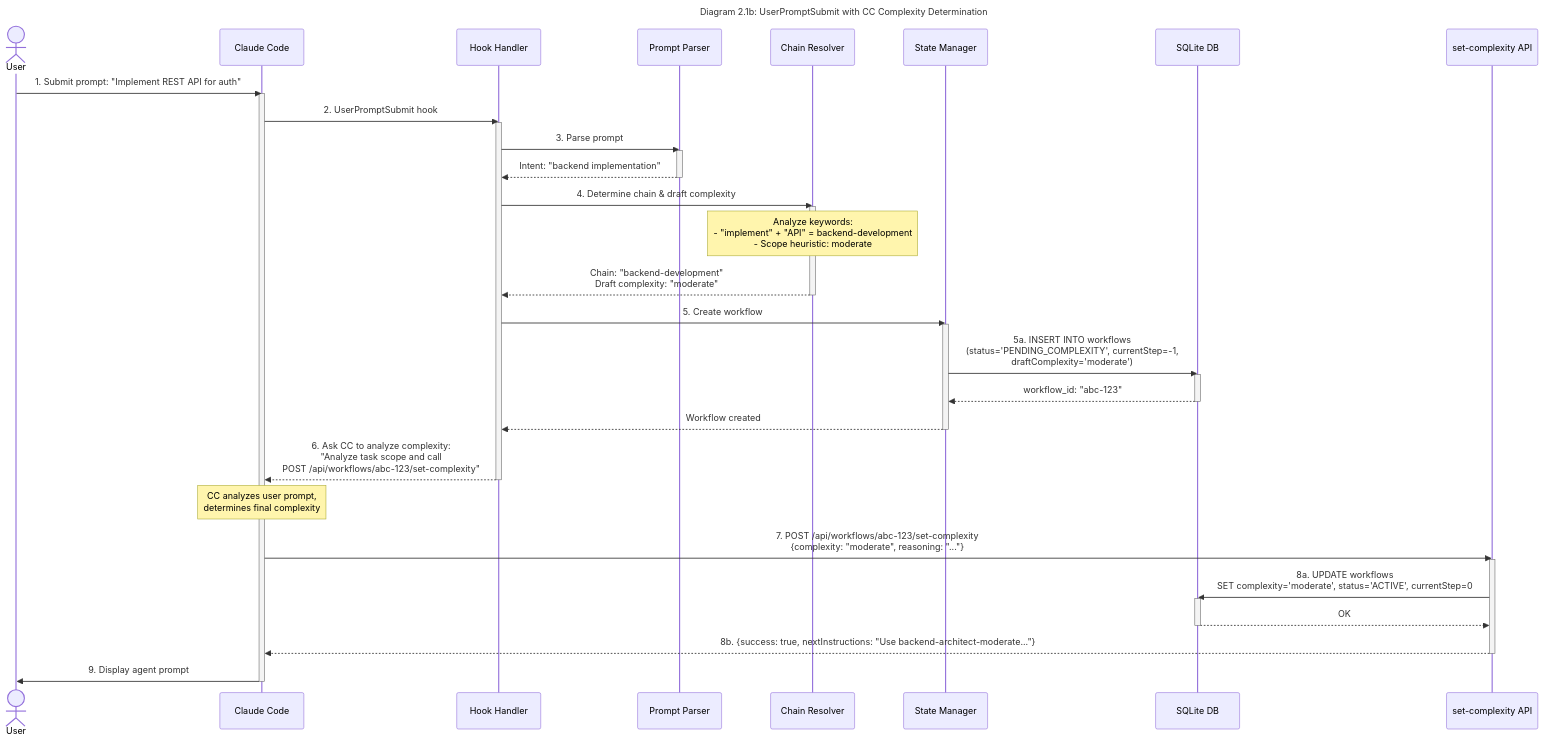
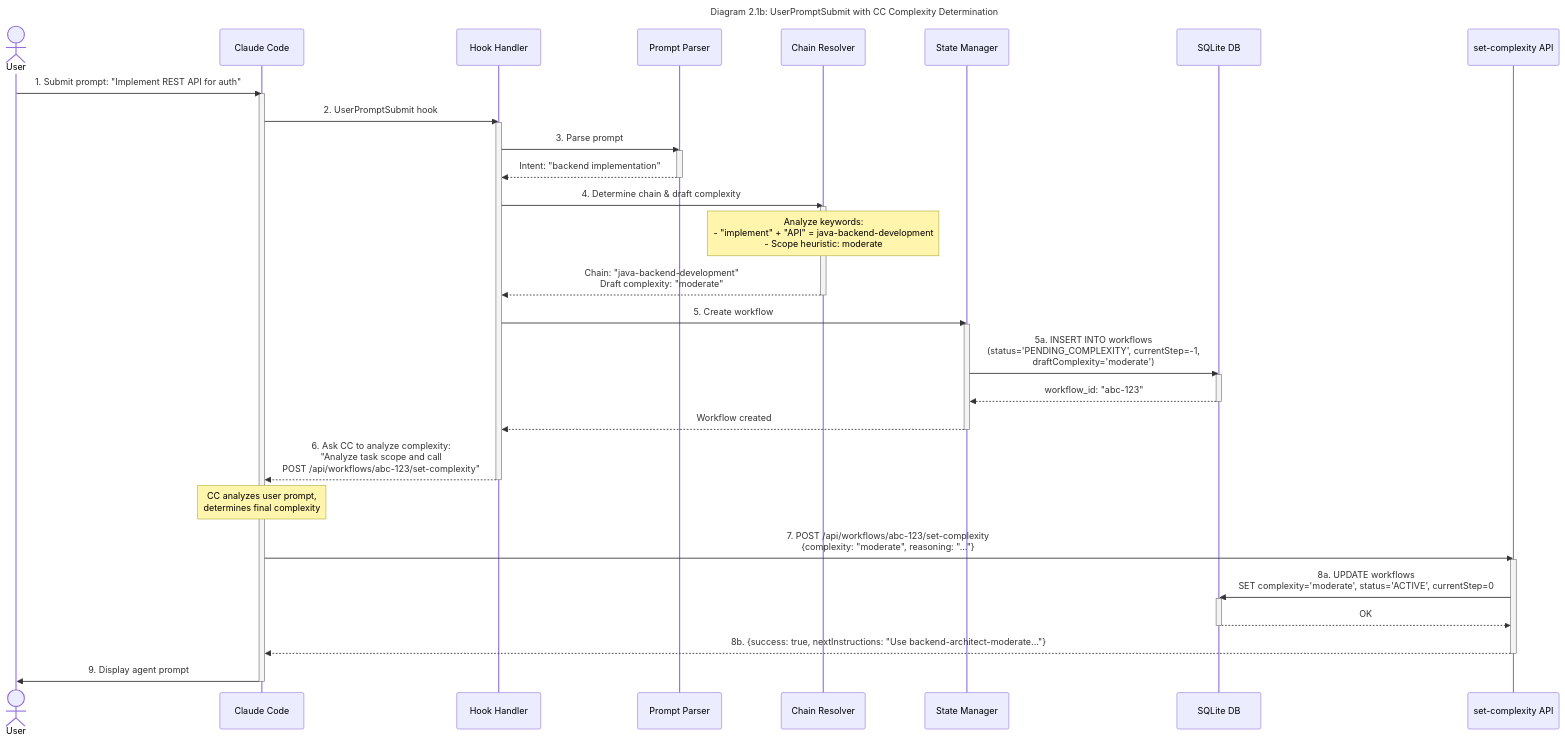
The fifth of 11 diagrams in docs/02-technical-architecture.md (drevispas/ccorch), drawn with Mermaid before and after one commit. The commit also changed other lines of this file and 21 other files, not shown here.

````diff
--- a/docs/02-technical-architecture.md
+++ b/docs/02-technical-architecture.md
@@ -306,58 +306,58 @@
 ```mermaid
 ---
 title: "Diagram 2.1b: UserPromptSubmit with CC Complexity Determination"
 ---
 sequenceDiagram
     actor User
     participant CC as Claude Code
     participant Hook as Hook Handler
     participant Parser as Prompt Parser
     participant Resolver as Chain Resolver
     participant StateMgr as State Manager
     participant DB as SQLite DB
     participant API as set-complexity API
 
     User->>CC: 1. Submit prompt: "Implement REST API for auth"
     activate CC
     CC->>Hook: 2. UserPromptSubmit hook
     activate Hook
 
     Hook->>Parser: 3. Parse prompt
     activate Parser
     Parser-->>Hook: Intent: "backend implementation"
     deactivate Parser
 
     Hook->>Resolver: 4. Determine chain & draft complexity
     activate Resolver
-    Note over Resolver: Analyze keywords:<br/>- "implement" + "API" = backend-development<br/>- Scope heuristic: moderate
-    Resolver-->>Hook: Chain: "backend-development"<br/>Draft complexity: "moderate"
+    Note over Resolver: Analyze keywords:<br/>- "implement" + "API" = java-backend-development<br/>- Scope heuristic: moderate
+    Resolver-->>Hook: Chain: "java-backend-development"<br/>Draft complexity: "moderate"
     deactivate Resolver
 
     Hook->>StateMgr: 5. Create workflow
     activate StateMgr
     StateMgr->>DB: 5a. INSERT INTO workflows<br/>(status='PENDING_COMPLEXITY', currentStep=-1,<br/>draftComplexity='moderate')
     activate DB
     DB-->>StateMgr: workflow_id: "abc-123"
     deactivate DB
     StateMgr-->>Hook: Workflow created
     deactivate StateMgr
 
     Hook-->>CC: 6. Ask CC to analyze complexity:<br/>"Analyze task scope and call<br/>POST /api/workflows/abc-123/set-complexity"
     deactivate Hook
 
     Note over CC: CC analyzes user prompt,<br/>determines final complexity
 
     CC->>API: 7. POST /api/workflows/abc-123/set-complexity<br/>{complexity: "moderate", reasoning: "..."}
     activate API
 
     API->>DB: 8a. UPDATE workflows<br/>SET complexity='moderate', status='ACTIVE', currentStep=0
     activate DB
     DB-->>API: OK
     deactivate DB
 
     API-->>CC: 8b. {success: true, nextInstructions: "Use backend-architect-moderate..."}
     deactivate API
 
     CC->>User: 9. Display agent prompt
     deactivate CC
 ```
````
